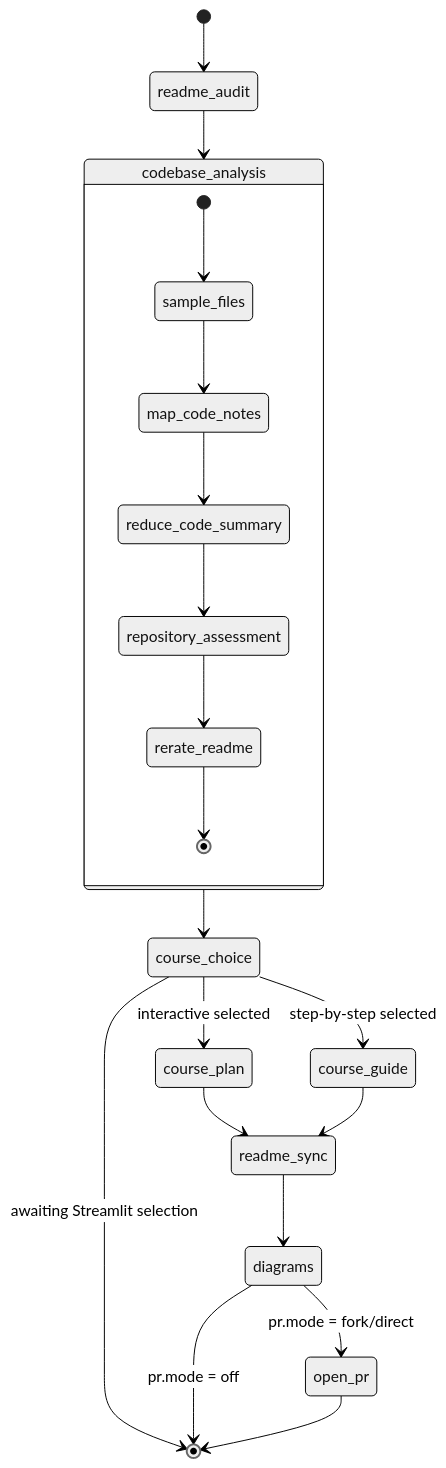
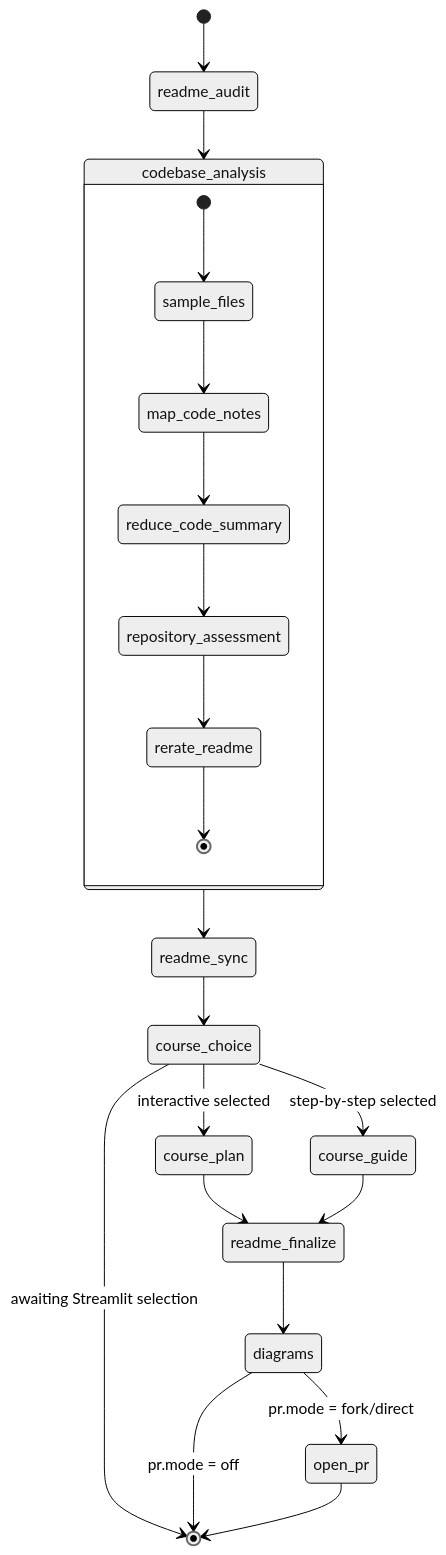
One commit to Shotza247/Code_Review_LangGraph_workflow changed the second of 2 diagrams in readme-sync-workflow/README.md. Above: the diagram before and after it, drawn with Mermaid (neutral theme). The commit also changed other lines of this file and 22 other files, not shown here.

````diff
--- a/readme-sync-workflow/README.md
+++ b/readme-sync-workflow/README.md
@@ -29,25 +29,26 @@
 ```mermaid
 stateDiagram-v2
   [*] --> readme_audit
   readme_audit --> codebase_analysis
-  codebase_analysis --> course_choice
+  codebase_analysis --> readme_sync
+  readme_sync --> course_choice
   course_choice --> course_plan: interactive selected
   course_choice --> course_guide: step-by-step selected
   course_choice --> [*]: awaiting Streamlit selection
-  course_plan --> readme_sync
-  course_guide --> readme_sync
-  readme_sync --> diagrams
+  course_plan --> readme_finalize
+  course_guide --> readme_finalize
+  readme_finalize --> diagrams
   diagrams --> open_pr: pr.mode = fork/direct
   diagrams --> [*]: pr.mode = off
   open_pr --> [*]
 
   state codebase_analysis {
     [*] --> sample_files
     sample_files --> map_code_notes
     map_code_notes --> reduce_code_summary
     reduce_code_summary --> repository_assessment
     repository_assessment --> rerate_readme
     rerate_readme --> [*]
   }
 
 ```
````
